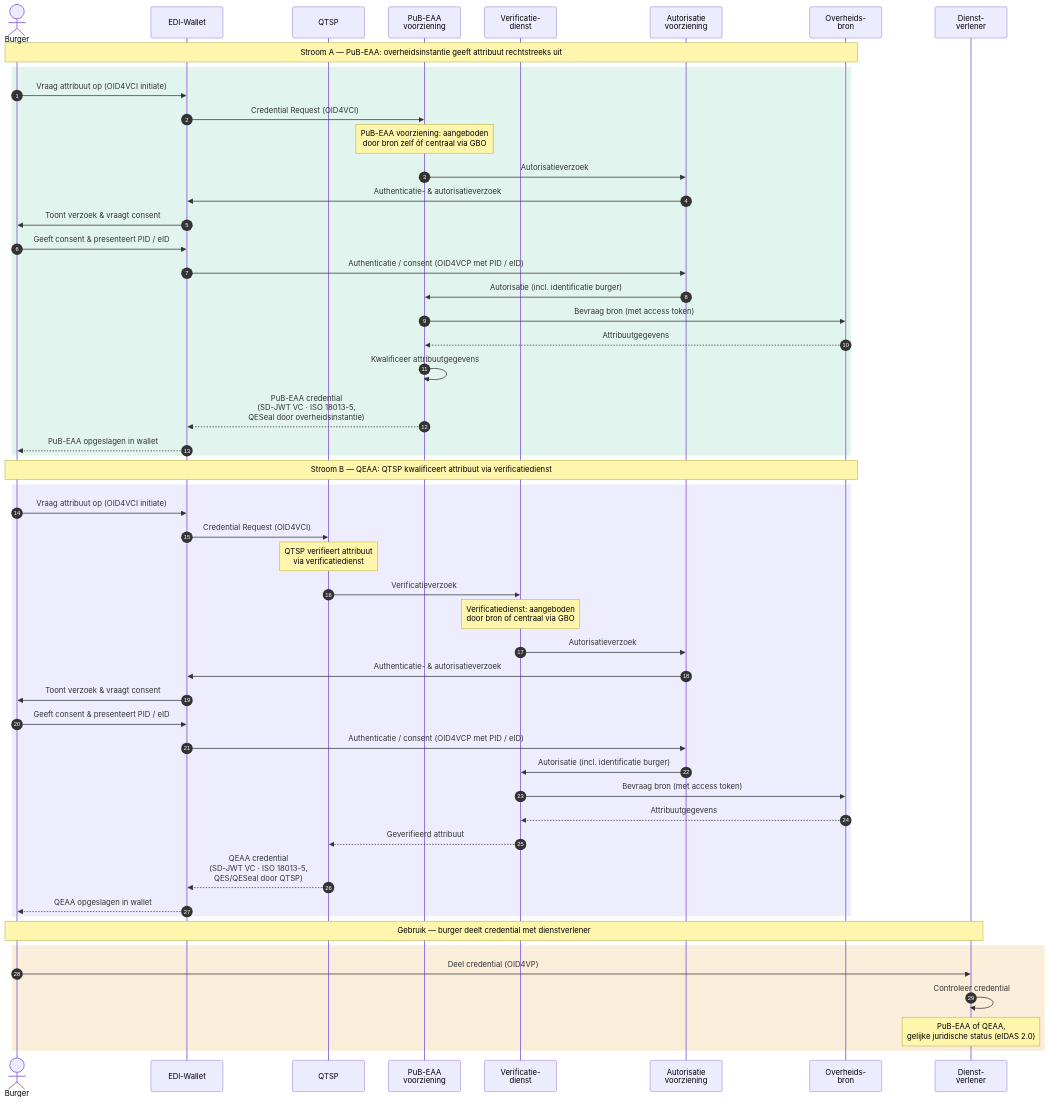
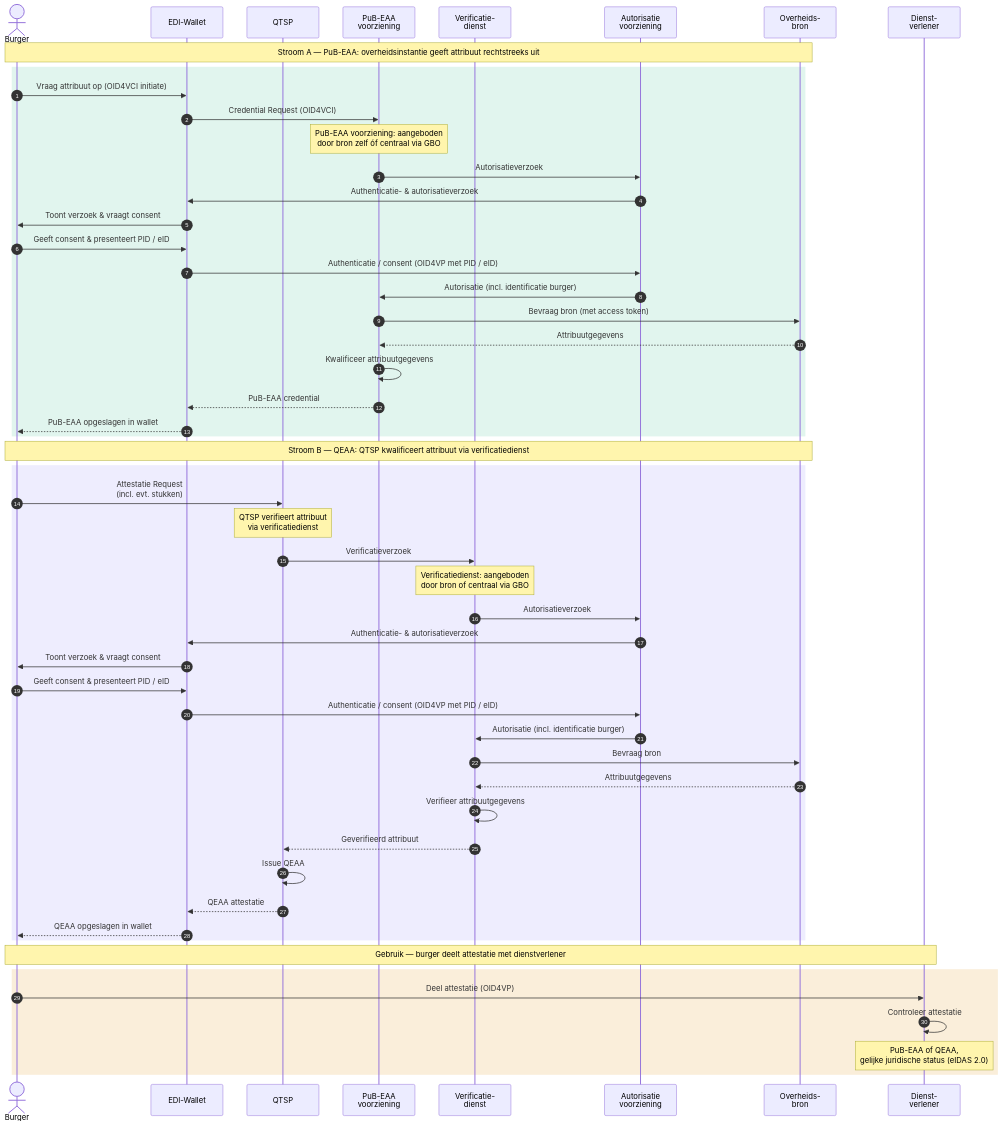
One commit to ICTU/GBO-GO changed the diagram in pr-preview/pr-6/diagrammen/interactiepatroon-EDI-Wallet.mmd. Above: the diagram before and after it, drawn with Mermaid. The commit also changed 8 other files, not shown here.

````diff
--- a/pr-preview/pr-6/diagrammen/interactiepatroon-EDI-Wallet.mmd
+++ b/pr-preview/pr-6/diagrammen/interactiepatroon-EDI-Wallet.mmd
@@ -1,62 +1,63 @@
 ``` mermaid
 
 sequenceDiagram
     autonumber
     actor Burger
     participant Wallet as EDI-Wallet
     participant QTSP as QTSP
     participant PubEAA as PuB-EAA<br/>voorziening
     participant VerifDienst as Verificatie-<br/>dienst
     participant Auth as Autorisatie<br/>voorziening
     participant Bron as Overheids-<br/>bron
     participant DV as Dienst-<br/>verlener
 
     Note over Burger,Bron: Stroom A — PuB-EAA: overheidsinstantie geeft attribuut rechtstreeks uit
 
     rect rgb(225, 245, 238)
         Burger->>Wallet: Vraag attribuut op (OID4VCI initiate)
         Wallet->>PubEAA: Credential Request (OID4VCI)
         Note over PubEAA: PuB-EAA voorziening: aangeboden<br/>door bron zelf óf centraal via GBO
         PubEAA->>Auth: Autorisatieverzoek
         Auth->>Wallet: Authenticatie- & autorisatieverzoek
         Wallet->>Burger: Toont verzoek & vraagt consent
         Burger->>Wallet: Geeft consent & presenteert PID / eID
-        Wallet->>Auth: Authenticatie / consent (OID4VCP met PID / eID)
+        Wallet->>Auth: Authenticatie / consent (OID4VP met PID / eID)
         Auth->>PubEAA: Autorisatie (incl. identificatie burger)
         PubEAA->>Bron: Bevraag bron (met access token)
         Bron-->>PubEAA: Attribuutgegevens
         PubEAA->>PubEAA: Kwalificeer attribuutgegevens
-        PubEAA-->>Wallet: PuB-EAA credential<br/>(SD-JWT VC · ISO 18013-5,<br/>QESeal door overheidsinstantie)
+        PubEAA-->>Wallet: PuB-EAA credential
         Wallet-->>Burger: PuB-EAA opgeslagen in wallet
     end
 
     Note over Burger,Bron: Stroom B — QEAA: QTSP kwalificeert attribuut via verificatiedienst
 
     rect rgb(238, 237, 254)
-        Burger->>Wallet: Vraag attribuut op (OID4VCI initiate)
-        Wallet->>QTSP: Credential Request (OID4VCI)
+        Burger->>QTSP: Attestatie Request<br />(incl. evt. stukken)
         Note over QTSP: QTSP verifieert attribuut<br/>via verificatiedienst
         QTSP->>VerifDienst: Verificatieverzoek
         Note over VerifDienst: Verificatiedienst: aangeboden<br/>door bron of centraal via GBO
         VerifDienst->>Auth: Autorisatieverzoek
         Auth->>Wallet: Authenticatie- & autorisatieverzoek
         Wallet->>Burger: Toont verzoek & vraagt consent
         Burger->>Wallet: Geeft consent & presenteert PID / eID
-        Wallet->>Auth: Authenticatie / consent (OID4VCP met PID / eID)
+        Wallet->>Auth: Authenticatie / consent (OID4VP met PID / eID)
         Auth->>VerifDienst: Autorisatie (incl. identificatie burger)
-        VerifDienst->>Bron: Bevraag bron (met access token)
+        VerifDienst->>Bron: Bevraag bron
         Bron-->>VerifDienst: Attribuutgegevens
+        VerifDienst->>VerifDienst: Verifieer attribuutgegevens
         VerifDienst-->>QTSP: Geverifieerd attribuut
-        QTSP-->>Wallet: QEAA credential<br/>(SD-JWT VC · ISO 18013-5,<br/>QES/QESeal door QTSP)
+        QTSP->>QTSP: Issue QEAA
+        QTSP-->>Wallet: QEAA attestatie
         Wallet-->>Burger: QEAA opgeslagen in wallet
     end
 
-    Note over Burger,DV: Gebruik — burger deelt credential met dienstverlener
+    Note over Burger,DV: Gebruik — burger deelt attestatie met dienstverlener
 
     rect rgb(250, 238, 218)
-        Burger->>DV: Deel credential (OID4VP)
-        DV->>DV: Controleer credential
+        Burger->>DV: Deel attestatie (OID4VP)
+        DV->>DV: Controleer attestatie
         Note over DV: PuB-EAA of QEAA,<br/>gelijke juridische status (eIDAS 2.0)
     end
 
 ```
````
